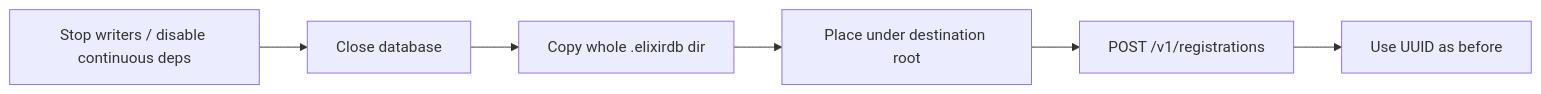
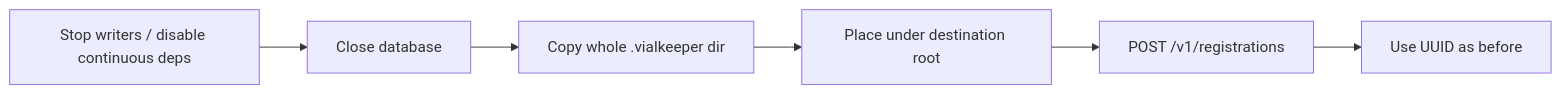
One commit to jmarceno/vialkeeper changed the first of 2 diagrams in Operations.md. Above: the diagram before and after it, drawn with Mermaid. The commit also changed other lines of this file and 1012 other files, not shown here.

````diff
--- a/Operations.md
+++ b/Operations.md
@@ -210,8 +210,8 @@
 ```mermaid
 flowchart LR
   A[Stop writers / disable continuous deps] --> B[Close database]
-  B --> C[Copy whole .elixirdb dir]
+  B --> C[Copy whole .vialkeeper dir]
   C --> D[Place under destination root]
   D --> E[POST /v1/registrations]
   E --> F[Use UUID as before]
 ```
````
